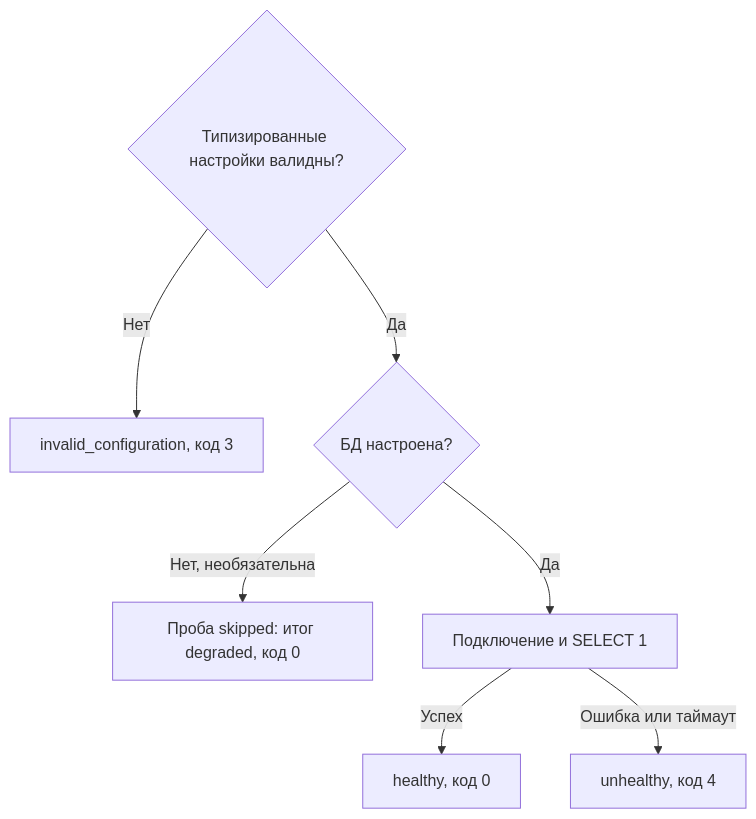
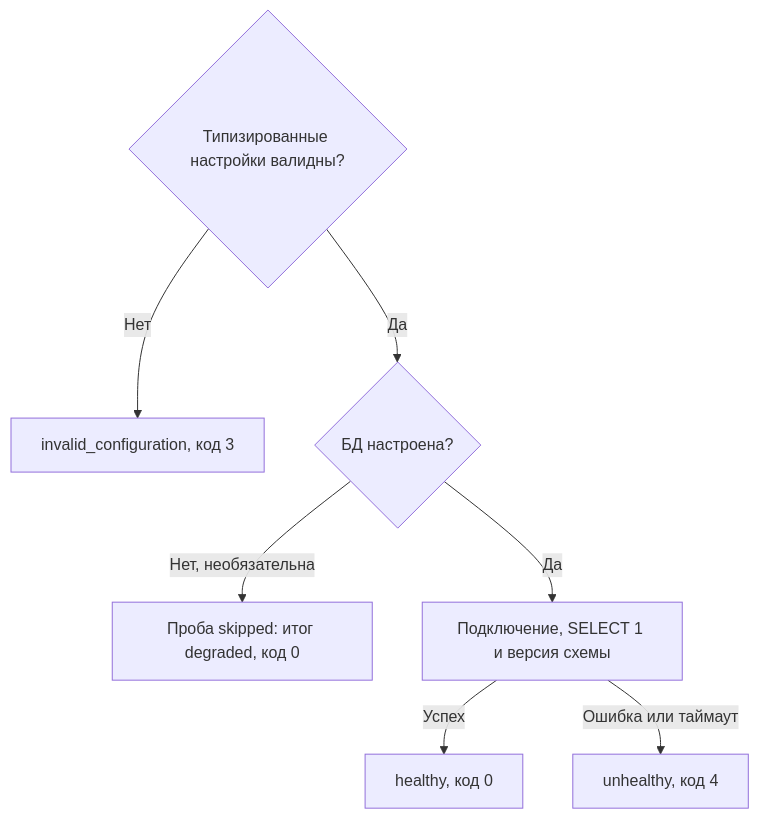
Before and after one commit to Flandre-Scarlet-the-best/anketa-parser: the diagram in docs/diagnostics.md, drawn with Mermaid. The commit also changed other lines of this file and 45 other files, not shown here.

````diff
--- a/docs/diagnostics.md
+++ b/docs/diagnostics.md
@@ -59,9 +59,9 @@
 ```mermaid
 flowchart TD
     V{"Типизированные настройки валидны?"} -->|"Нет"| X["invalid_configuration, код 3"]
     V -->|"Да"| D{"БД настроена?"}
     D -->|"Нет, необязательна"| S["Проба skipped: итог degraded, код 0"]
-    D -->|"Да"| Q["Подключение и SELECT 1"]
+    D -->|"Да"| Q["Подключение, SELECT 1 и версия схемы"]
     Q -->|"Успех"| H["healthy, код 0"]
     Q -->|"Ошибка или таймаут"| U["unhealthy, код 4"]
 ```
````
